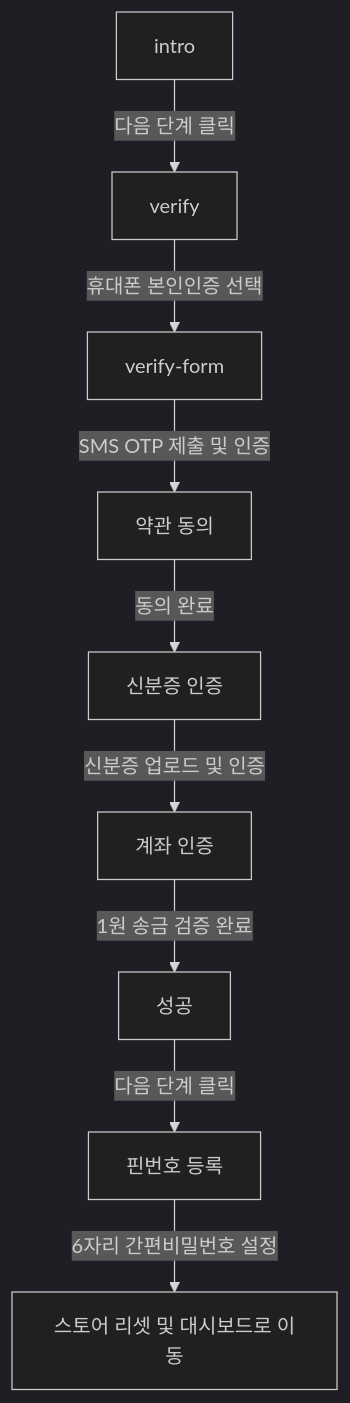
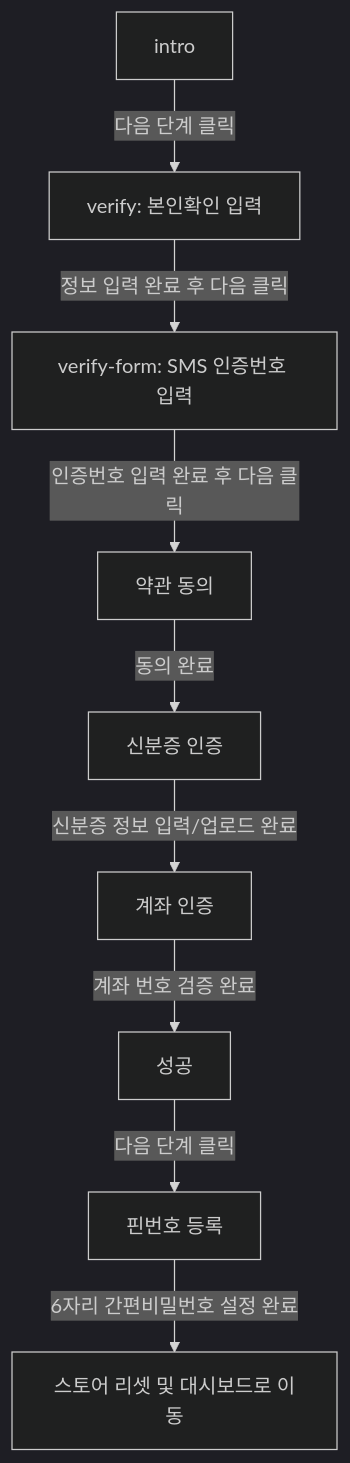
One commit to sunub/for-digital-divide changed the diagram in docs/superpowers/specs/2026-06-11-onboarding-funnel-refactoring-design.md. Above: the diagram before and after it, drawn with Mermaid (dark theme). The commit also changed other lines of this file, not shown here.

First line of the commit message:
docs(spec): update spec for CLS, verify splitting, and design system

````diff
--- a/docs/superpowers/specs/2026-06-11-onboarding-funnel-refactoring-design.md
+++ b/docs/superpowers/specs/2026-06-11-onboarding-funnel-refactoring-design.md
@@ -17,11 +37,11 @@
 ```mermaid
 graph TD
-    A[intro] -->|다음 단계 클릭| B[verify]
-    B -->|휴대폰 본인인증 선택| C[verify-form]
-    C -->|SMS OTP 제출 및 인증| D[약관 동의]
+    A[intro] -->|다음 단계 클릭| B[verify: 본인확인 입력]
+    B -->|정보 입력 완료 후 다음 클릭| C[verify-form: SMS 인증번호 입력]
+    C -->|인증번호 입력 완료 후 다음 클릭| D[약관 동의]
     D -->|동의 완료| E[신분증 인증]
-    E -->|신분증 업로드 및 인증| F[계좌 인증]
-    F -->|1원 송금 검증 완료| G[성공]
+    E -->|신분증 정보 입력/업로드 완료| F[계좌 인증]
+    F -->|계좌 번호 검증 완료| G[성공]
     G -->|다음 단계 클릭| H[핀번호 등록]
-    H -->|6자리 간편비밀번호 설정| I[스토어 리셋 및 대시보드로 이동]
+    H -->|6자리 간편비밀번호 설정 완료| I[스토어 리셋 및 대시보드로 이동]
 ```
````
